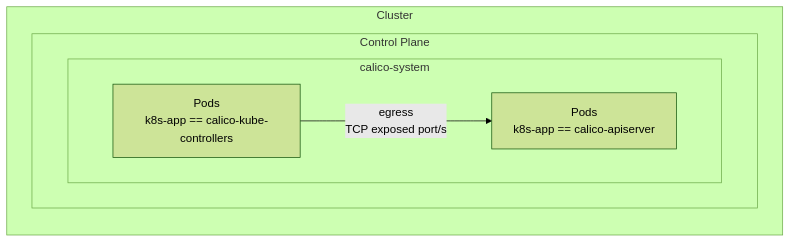
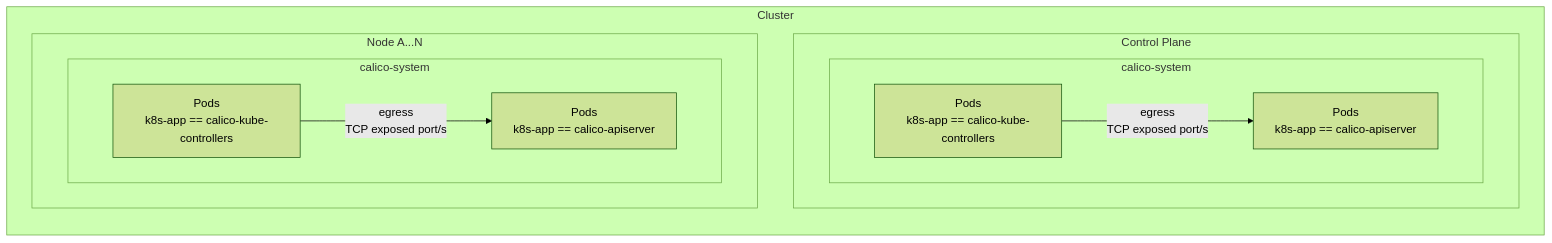
Before and after one commit to frozenprocess/Tigera-Presentations: the fifth of 10 diagrams in 2023-03-30.container-and-Kubernetes-security-policy-design/04.best-practices-for-securing-a-Kubernetes-environment/readme.md, drawn with Mermaid (forest theme). The commit also changed other lines of this file and 1 other file, not shown here.

````diff
--- a/2023-03-30.container-and-Kubernetes-security-policy-design/04.best-practices-for-securing-a-Kubernetes-environment/readme.md
+++ b/2023-03-30.container-and-Kubernetes-security-policy-design/04.best-practices-for-securing-a-Kubernetes-environment/readme.md
@@ -262,10 +258,15 @@
 ```mermaid
 flowchart LR
 subgraph Cluster
     subgraph Control Plane
         subgraph a[calico-system]
             A["Pods\nk8s-app == calico-kube-controllers"] -->|egress\nTCP exposed port/s| B["Pods\nk8s-app == calico-apiserver"]
         end
     end
+    subgraph Node A...N
+        subgraph c[calico-system]
+            D["Pods\nk8s-app == calico-kube-controllers"] -->|egress\nTCP exposed port/s| E["Pods\nk8s-app == calico-apiserver"]
+        end
+    end
 end
 ```
````
